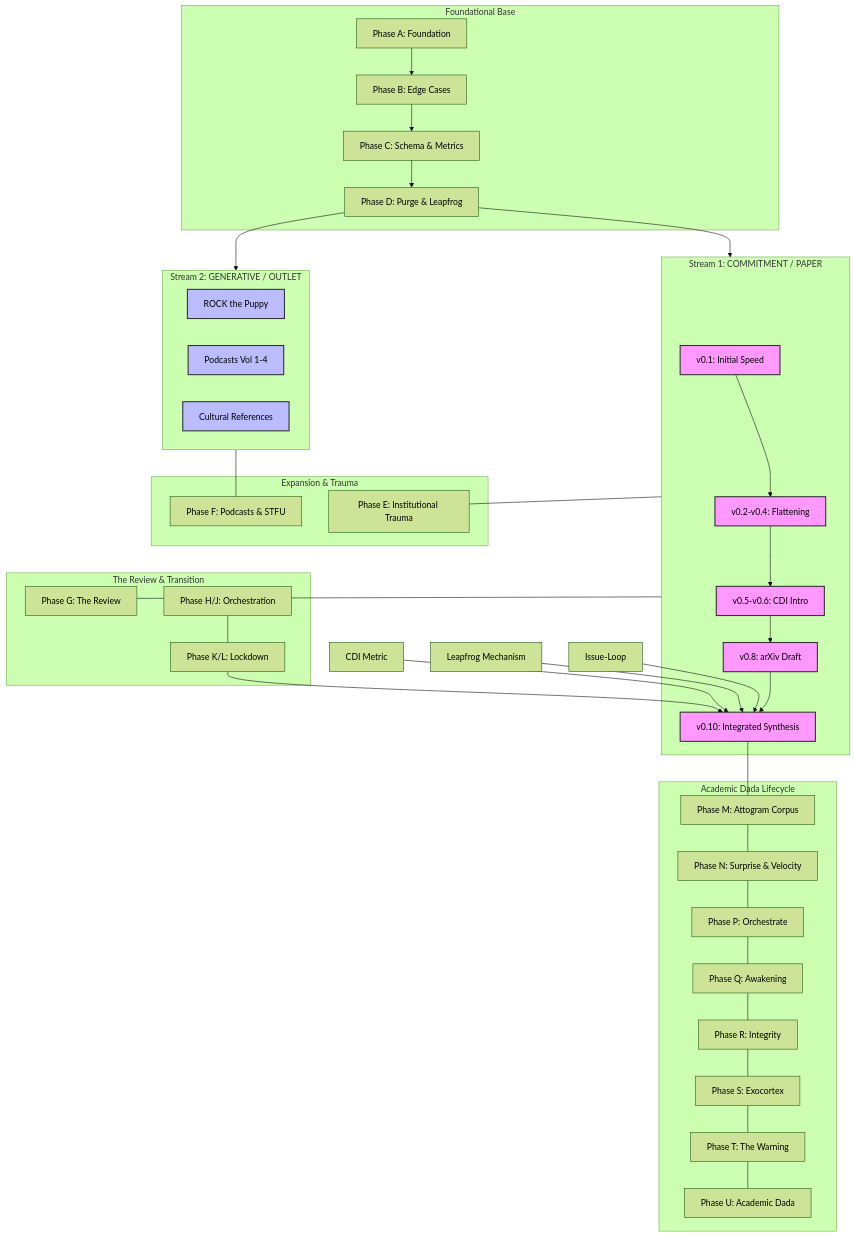
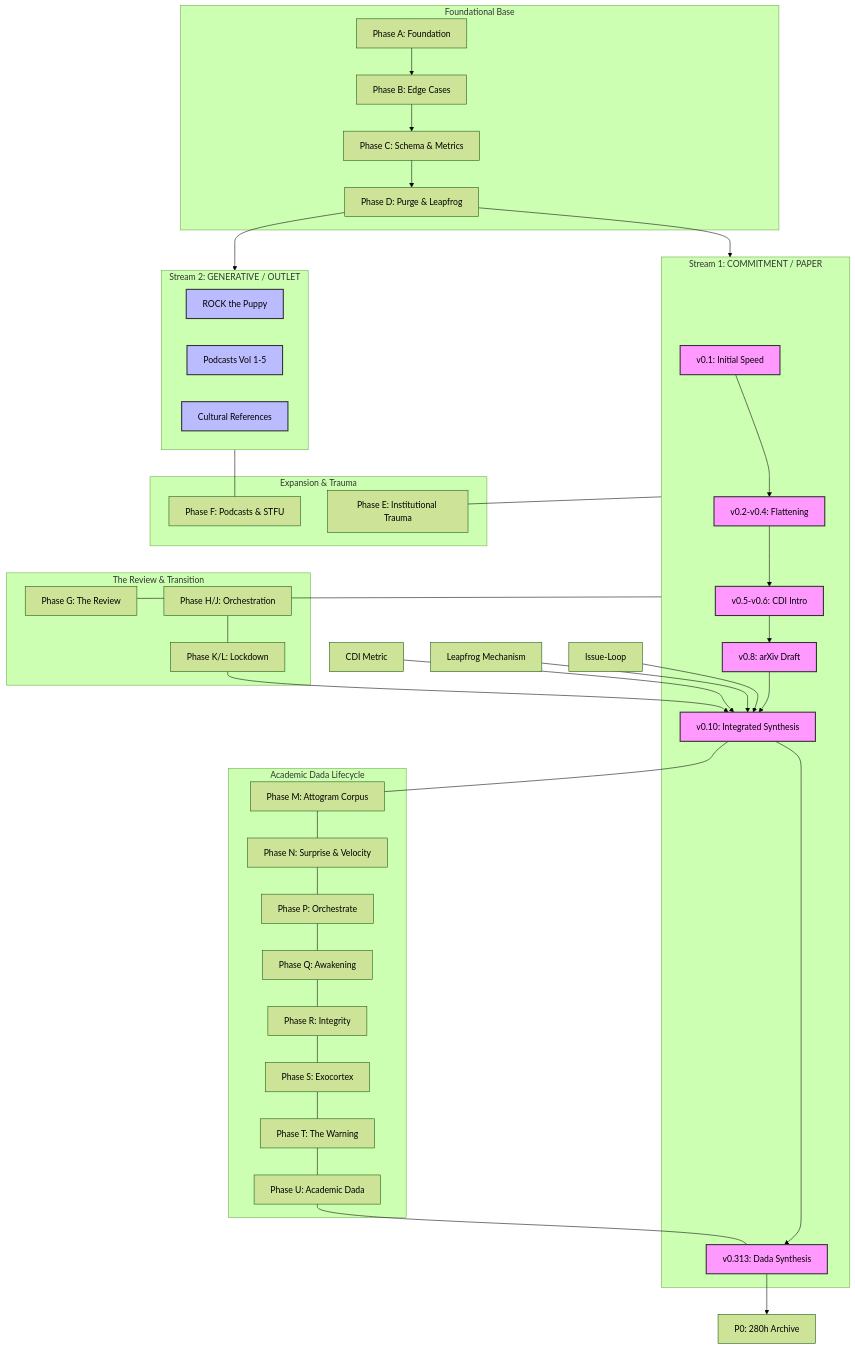
One commit to attogram/academic-vibing changed the diagram in CORPUS_GRAPH.md. Above: the diagram before and after it, drawn with Mermaid (forest theme). The commit also changed other lines of this file and 73 other files, not shown here.

````diff
--- a/CORPUS_GRAPH.md
+++ b/CORPUS_GRAPH.md
@@ -3,72 +3,75 @@
 ```mermaid
 graph TD
     subgraph Stream_1 [Stream 1: COMMITMENT / PAPER]
         P1[v0.1: Initial Speed] --> P2[v0.2-v0.4: Flattening]
         P2 --> P5[v0.5-v0.6: CDI Intro]
         P5 --> P8[v0.8: arXiv Draft]
         P8 --> P10[v0.10: Integrated Synthesis]
+        P10 --> P313[v0.313: Dada Synthesis]
     end
 
     subgraph Stream_2 [Stream 2: GENERATIVE / OUTLET]
         Mascot[ROCK the Puppy]
-        Podcasts[Podcasts Vol 1-4]
+        Podcasts[Podcasts Vol 1-5]
         Memes[Cultural References]
     end
 
     subgraph Phase_A_D [Foundational Base]
         A[Phase A: Foundation] --> B[Phase B: Edge Cases]
         B --> C[Phase C: Schema & Metrics]
         C --> D[Phase D: Purge & Leapfrog]
     end
 
     D --> Stream_1
     D --> Stream_2
 
     subgraph Phase_E_F [Expansion & Trauma]
         E[Phase E: Institutional Trauma]
         F[Phase F: Podcasts & STFU]
     end
 
     Stream_1 --- E
     Stream_2 --- F
 
     subgraph Phase_G_L [The Review & Transition]
         G[Phase G: The Review]
         HJ[Phase H/J: Orchestration]
         KL[Phase K/L: Lockdown]
     end
 
     Stream_1 --- G
     HJ --- KL
     KL --> P10
 
     subgraph Phase_M_U [Academic Dada Lifecycle]
         M[Phase M: Attogram Corpus]
         N[Phase N: Surprise & Velocity]
         P[Phase P: Orchestrate]
         Q[Phase Q: Awakening]
         R[Phase R: Integrity]
         S[Phase S: Exocortex]
         T[Phase T: The Warning]
         U[Phase U: Academic Dada]
     end
 
     P10 --- M
     M --- N
     N --- P
     P --- Q
     Q --- R
     R --- S
     S --- T
     T --- U
+    U --- P313
 
     %% Dependencies & Convergence
     CDI[CDI Metric] --> P10
     Leapfrog[Leapfrog Mechanism] --> P10
     IssueLoop[Issue-Loop] --> P10
+    P313 --> Archive[P0: 280h Archive]
 
     classDef paper fill:#f9f,stroke:#333,stroke-width:2px;
     classDef outlet fill:#bbf,stroke:#333,stroke-width:2px;
-    class P1,P2,P5,P8,P10 paper;
+    class P1,P2,P5,P8,P10,P313 paper;
     class Mascot,Podcasts,Memes outlet;
 ```
````
